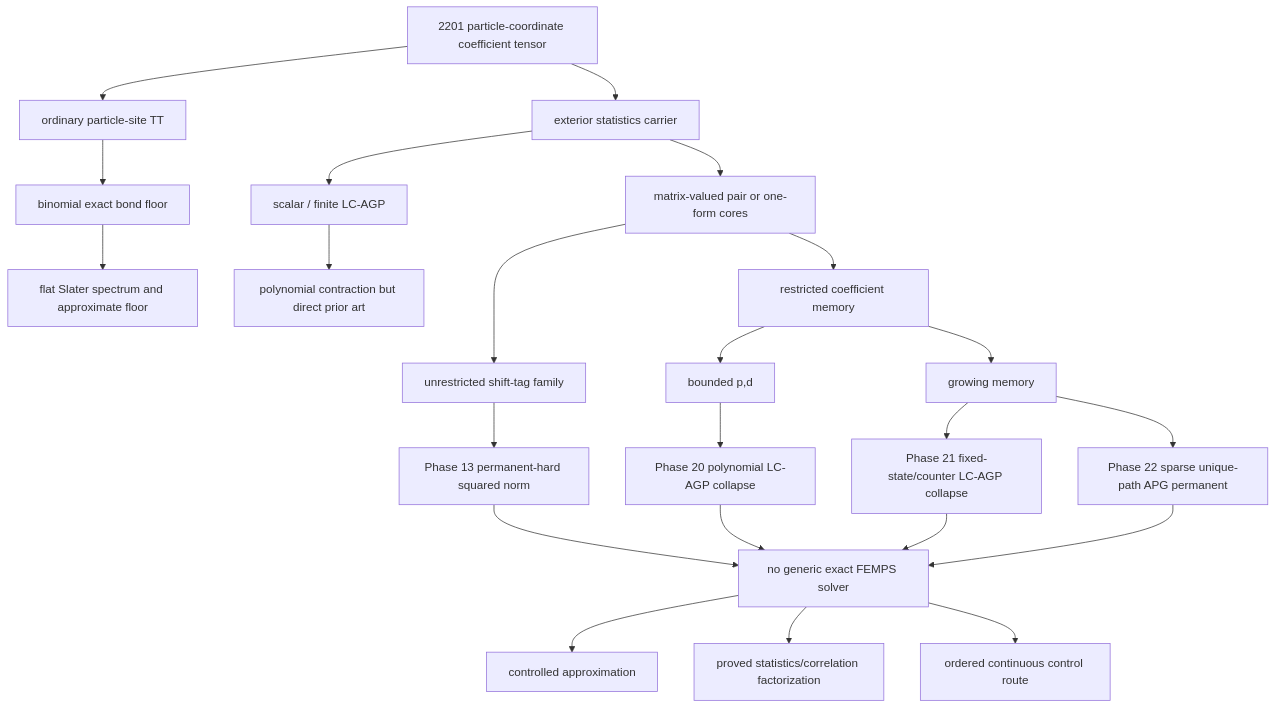
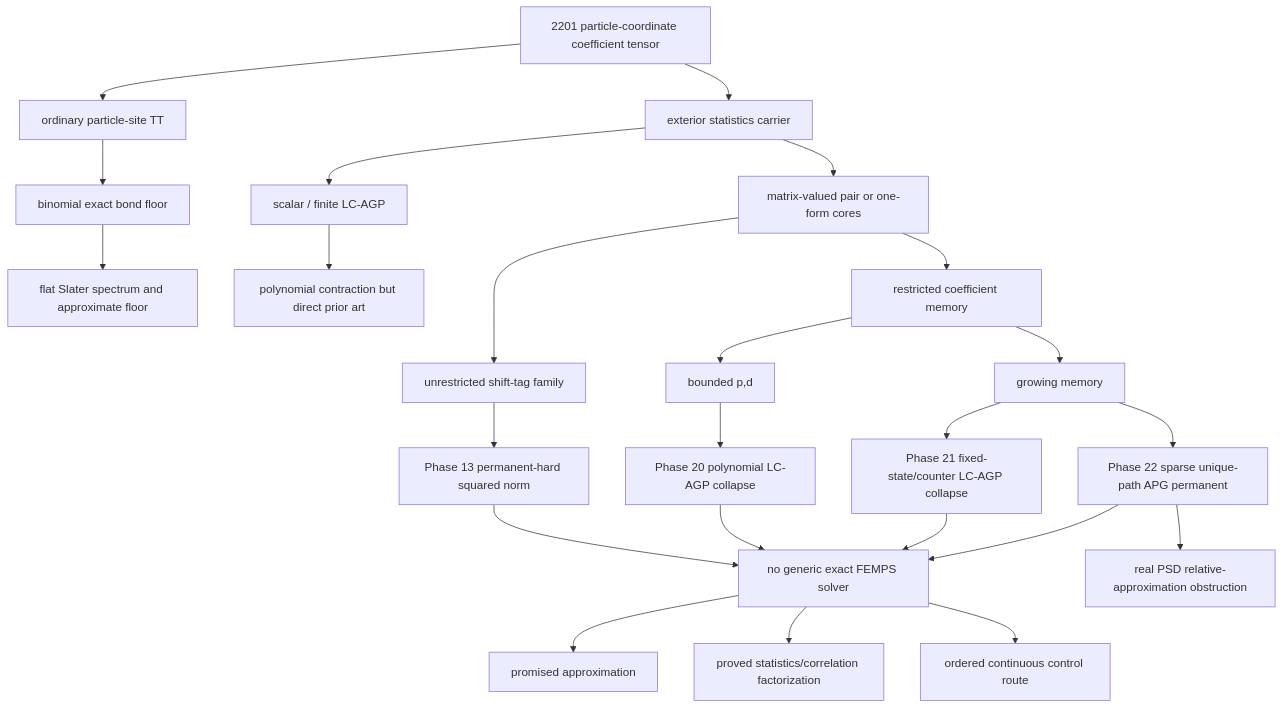
Before and after one commit to intproduct/FEMPS: the diagram in docs/theory/exterior_no_go_hierarchy.md, drawn with Mermaid. The commit also changed other lines of this file and 19 other files, not shown here.

````diff
--- a/docs/theory/exterior_no_go_hierarchy.md
+++ b/docs/theory/exterior_no_go_hierarchy.md
@@ -33,25 +35,26 @@
 ```mermaid
 flowchart TD
     A[2201 particle-coordinate coefficient tensor] --> B[ordinary particle-site TT]
     A --> C[exterior statistics carrier]
     B --> B1[binomial exact bond floor]
     B1 --> B2[flat Slater spectrum and approximate floor]
     C --> D[scalar / finite LC-AGP]
     C --> E[matrix-valued pair or one-form cores]
     D --> D1[polynomial contraction but direct prior art]
     E --> E1[unrestricted shift-tag family]
     E --> E2[restricted coefficient memory]
     E1 --> H1[Phase 13 permanent-hard squared norm]
     E2 --> F1[bounded p,d]
     E2 --> F2[growing memory]
     F1 --> L1[Phase 20 polynomial LC-AGP collapse]
     F2 --> L2[Phase 21 fixed-state/counter LC-AGP collapse]
     F2 --> H2[Phase 22 sparse unique-path APG permanent]
     H1 --> S[no generic exact FEMPS solver]
     L1 --> S
     L2 --> S
     H2 --> S
-    S --> R1[controlled approximation]
+    S --> R1[promised approximation]
     S --> R2[proved statistics/correlation factorization]
     S --> R3[ordered continuous control route]
+    H2 --> H3[real PSD relative-approximation obstruction]
 ```
````
